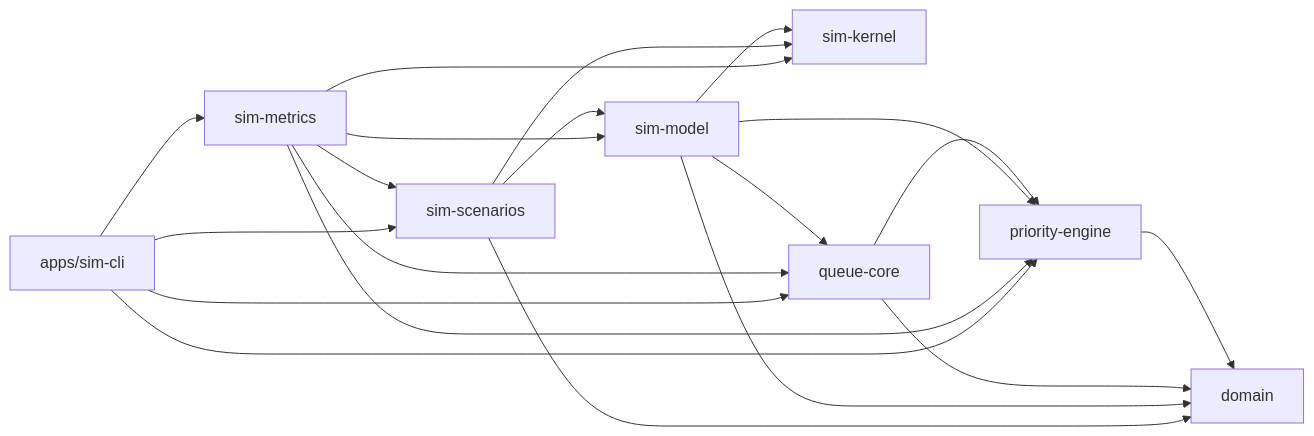
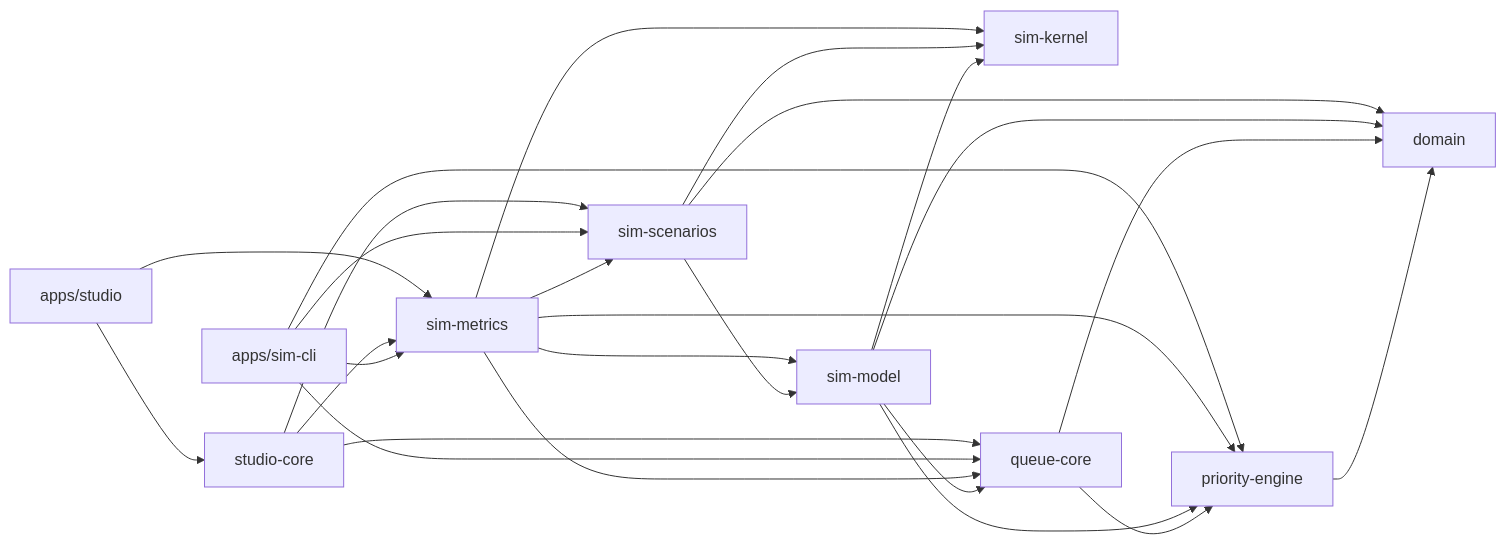
Before and after one commit to leviuzz/gaterush: the first of 2 diagrams in ARCHITECTURE.md, drawn with Mermaid. The commit also changed other lines of this file and 61 other files, not shown here.

````diff
--- a/ARCHITECTURE.md
+++ b/ARCHITECTURE.md
@@ -47,30 +49,37 @@
 ```mermaid
 flowchart LR
   domain["domain"]
   kernel["sim-kernel"]
   engine["priority-engine"]
   queue["queue-core"]
   model["sim-model"]
   scenarios["sim-scenarios"]
   metrics["sim-metrics"]
+  studiocore["studio-core"]
   cli["apps/sim-cli"]
+  studio["apps/studio"]
   engine --> domain
   queue --> engine
   queue --> domain
   model --> queue
   model --> engine
   model --> kernel
   model --> domain
   scenarios --> model
   scenarios --> kernel
   scenarios --> domain
   metrics --> scenarios
   metrics --> model
   metrics --> queue
   metrics --> engine
   metrics --> kernel
   cli --> metrics
   cli --> scenarios
   cli --> queue
   cli --> engine
+  studiocore --> metrics
+  studiocore --> scenarios
+  studiocore --> queue
+  studio --> studiocore
+  studio --> metrics
 ```
````
